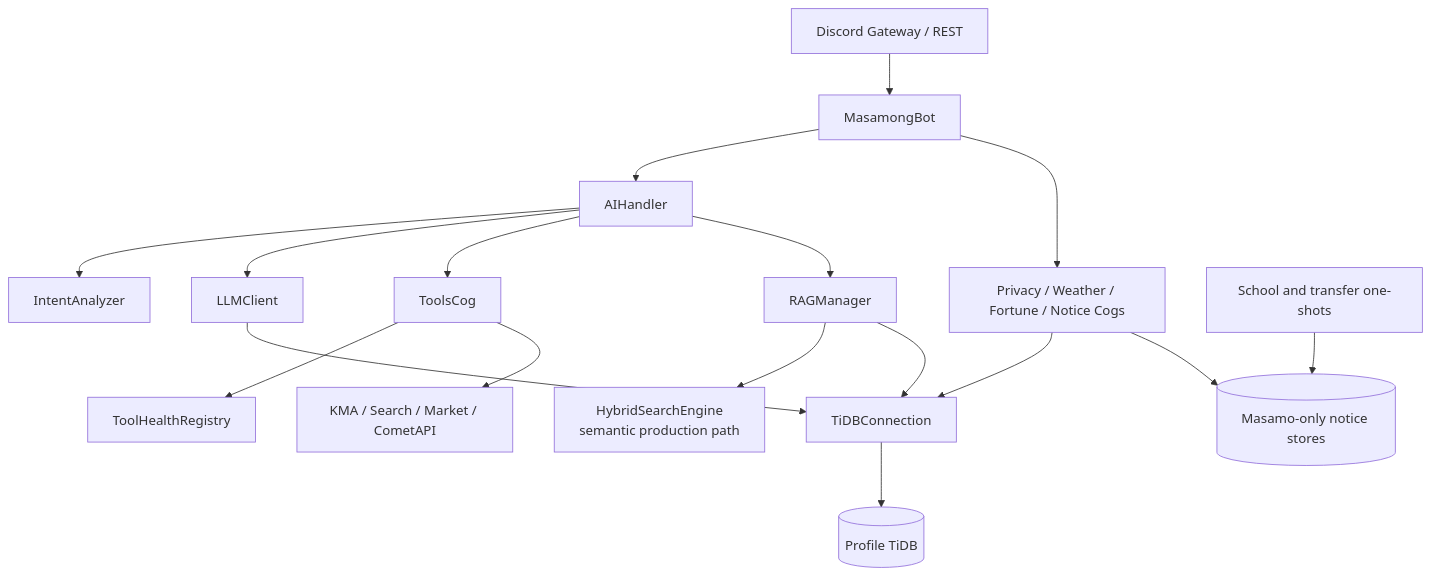
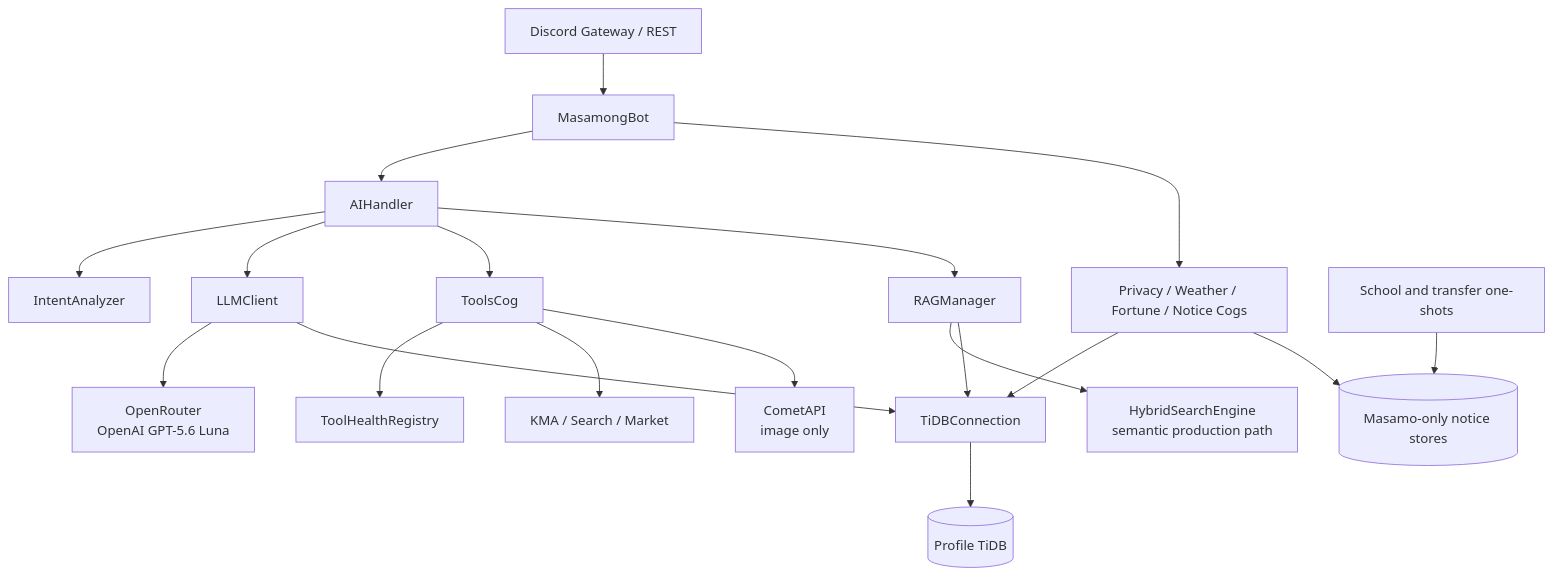
One commit to kim0040/masamong changed the first of 11 diagrams in docs/UML_SPEC.en.md. Above: the diagram before and after it, drawn with Mermaid. The commit also changed 27 other files, not shown here.

Commit message:
feat: move text lanes to OpenRouter Luna

````diff
--- a/docs/UML_SPEC.en.md
+++ b/docs/UML_SPEC.en.md
@@ -10,35 +10,39 @@
 ```mermaid
 flowchart TB
     Discord["Discord Gateway / REST"]
     Bot["MasamongBot"]
     AI["AIHandler"]
     Intent["IntentAnalyzer"]
     LLM["LLMClient"]
     Tools["ToolsCog"]
     Health["ToolHealthRegistry"]
     RAG["RAGManager"]
     Search["HybridSearchEngine<br/>semantic production path"]
     Feature["Privacy / Weather / Fortune / Notice Cogs"]
     DB["TiDBConnection"]
     TiDB[("Profile TiDB")]
-    External["KMA / Search / Market / CometAPI"]
+    External["KMA / Search / Market"]
+    OpenRouter["OpenRouter<br/>OpenAI GPT-5.6 Luna"]
+    Comet["CometAPI<br/>image only"]
     Batch["School and transfer one-shots"]
     Local[("Masamo-only notice stores")]
 
     Discord --> Bot
     Bot --> AI
     Bot --> Feature
     AI --> Intent
     AI --> LLM
+    LLM --> OpenRouter
     AI --> Tools
     AI --> RAG
     Tools --> Health
     Tools --> External
+    Tools --> Comet
     RAG --> Search
     RAG --> DB
     LLM --> DB
     Feature --> DB
     DB --> TiDB
     Batch --> Local
     Feature --> Local
 ```
````
